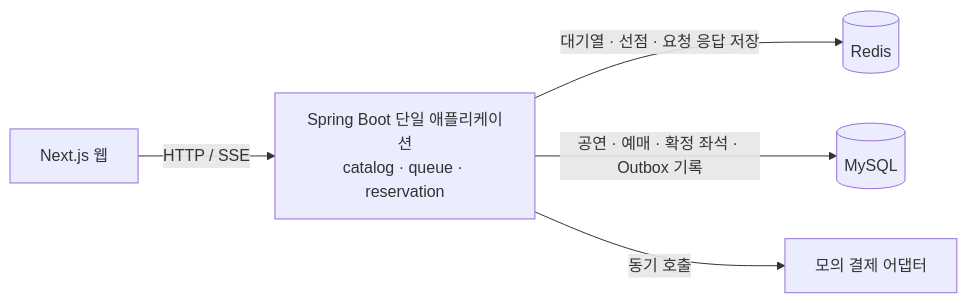
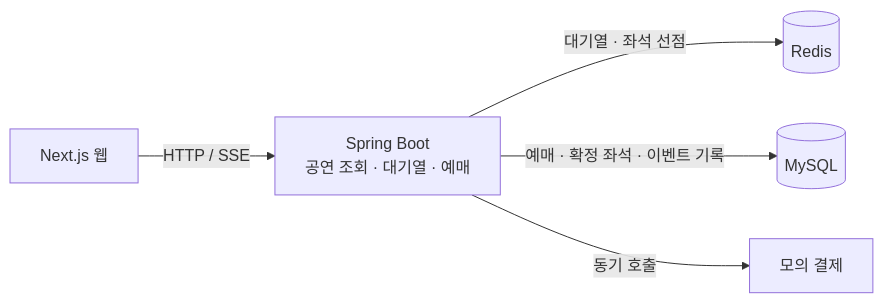
The diagram in README.md (YongjaeKwon/ticket-rush), drawn with Mermaid before and after one commit. The commit also changed other lines of this file and 1 other file, not shown here.

````diff
--- a/README.md
+++ b/README.md
@@ -37,7 +41,7 @@
 ```mermaid
 flowchart LR
-  WEB["Next.js 웹"] -->|"HTTP / SSE"| APP["Spring Boot 단일 애플리케이션<br/>catalog · queue · reservation"]
-  APP -->|"대기열 · 선점 · 요청 응답 저장"| REDIS[(Redis)]
-  APP -->|"공연 · 예매 · 확정 좌석 · Outbox 기록"| DB[(MySQL)]
-  APP -->|"동기 호출"| PAYMENT["모의 결제 어댑터"]
+  WEB["Next.js 웹"] -->|"HTTP / SSE"| APP["Spring Boot<br/>공연 조회 · 대기열 · 예매"]
+  APP -->|"대기열 · 좌석 선점"| REDIS[(Redis)]
+  APP -->|"예매 · 확정 좌석 · 이벤트 기록"| DB[(MySQL)]
+  APP -->|"동기 호출"| PAYMENT["모의 결제"]
 ```
````
